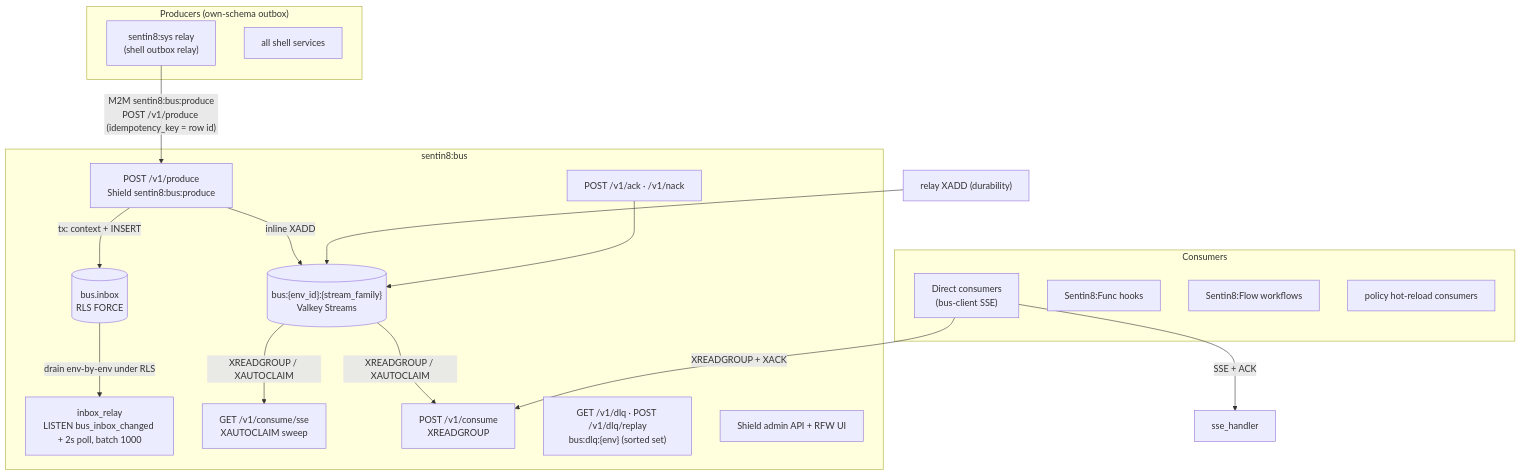
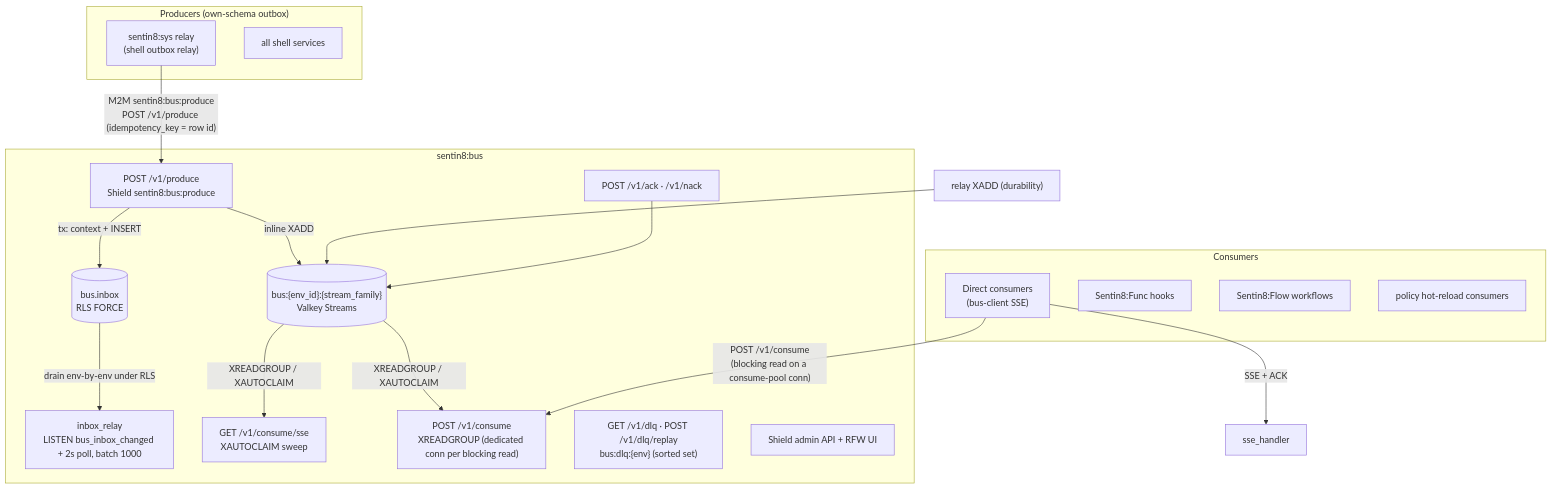
The first of 10 diagrams in docs/services/bus/design.md (Sentin8/sentin8-site), drawn with Mermaid before and after one commit. The commit also changed other lines of this file and 16 other files, not shown here.

````diff
--- a/docs/services/bus/design.md
+++ b/docs/services/bus/design.md
@@ -33,33 +33,33 @@
 ```mermaid
 graph TD
     subgraph PRODUCERS["Producers (own-schema outbox)"]
         SYSREL["sentin8:sys relay<br/>(shell outbox relay)"]
         OTHER["all shell services"]
     end
     subgraph BUS["sentin8:bus"]
         PROD["POST /v1/produce<br/>Shield sentin8:bus:produce"]
         INBOX[("bus.inbox<br/>RLS FORCE")]
         RELAY["inbox_relay<br/>LISTEN bus_inbox_changed + 2s poll, batch 1000"]
         STREAMS[("bus:{env_id}:{stream_family}<br/>Valkey Streams")]
         SSE["GET /v1/consume/sse<br/>XAUTOCLAIM sweep"]
-        HTTPC["POST /v1/consume<br/>XREADGROUP"]
+        HTTPC["POST /v1/consume<br/>XREADGROUP (dedicated conn per blocking read)"]
         ACK["POST /v1/ack · /v1/nack"]
         DLQ["GET /v1/dlq · POST /v1/dlq/replay<br/>bus:dlq:{env} (sorted set)"]
         ADMIN["Shield admin API + RFW UI"]
     end
     subgraph CONSUMERS["Consumers"]
         SVC["Direct consumers<br/>(bus-client SSE)"]
         FUNC["Sentin8:Func hooks"]
         FLOW["Sentin8:Flow workflows"]
         POL["policy hot-reload consumers"]
     end
     SYSREL -- "M2M sentin8:bus:produce<br/>POST /v1/produce (idempotency_key = row id)" --> PROD
     PROD -- "tx: context + INSERT" --> INBOX
     PROD -- "inline XADD" --> STREAMS
     RELAY2["relay XADD (durability)"] --> STREAMS
     INBOX -- "drain env-by-env under RLS" --> RELAY
     STREAMS -- "XREADGROUP / XAUTOCLAIM" --> HTTPC & SSE
     SVC -- "SSE + ACK" --> SSE_H["sse_handler"]
-    SVC -- "XREADGROUP + XACK" --> HTTPC
+    SVC -- "POST /v1/consume<br/>(blocking read on a consume-pool conn)" --> HTTPC
     ACK --> STREAMS
 ```
````
